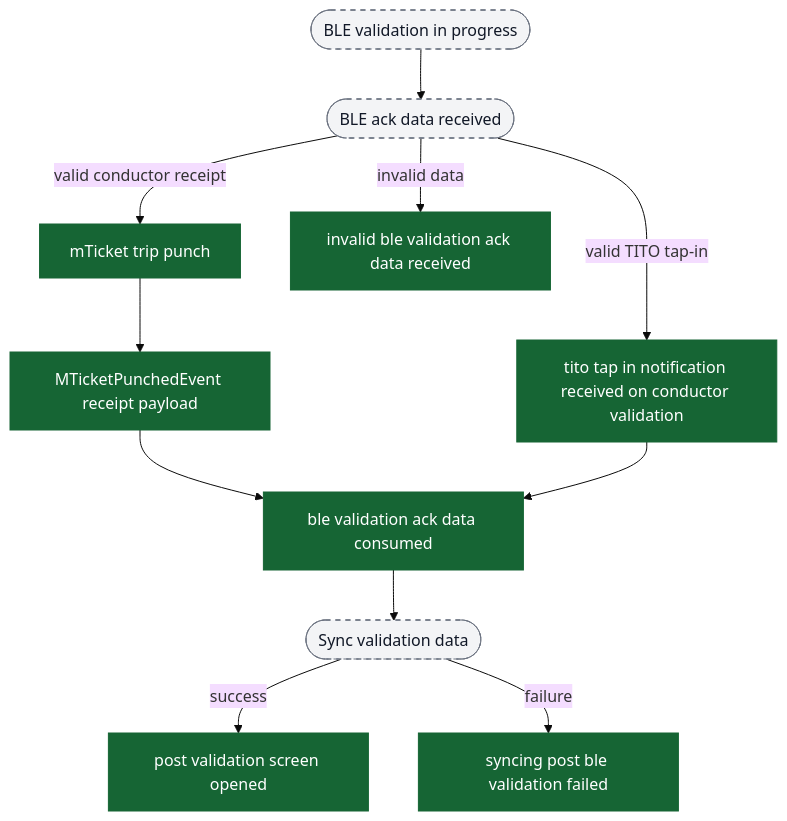
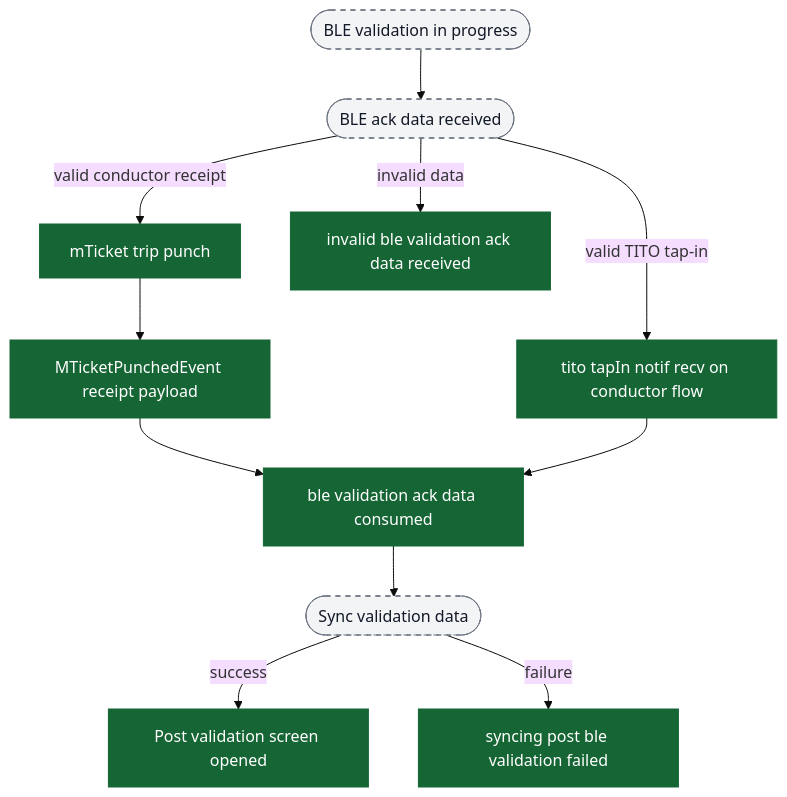
One commit to ratulsarna/chalo-app-dashboard changed diagram 12 of 16 in content/analytics/mticket/flow-diagrams.md. Above: the diagram before and after it, drawn with Mermaid (base theme). The commit also changed other lines of this file and 2 other files, not shown here.

Commit message:
fix(analytics): update lastAudited dates and standardize event names in mTicket flow

````diff
--- a/content/analytics/mticket/flow-diagrams.md
+++ b/content/analytics/mticket/flow-diagrams.md
@@ -312,23 +312,23 @@
 ```mermaid
 flowchart TD
   ui_bleValidation([BLE validation in progress]) --> ui_receiveAck([BLE ack data received])
 
   ui_receiveAck -->|valid conductor receipt| ev_tripPunch["mTicket trip punch"]
-  ui_receiveAck -->|valid TITO tap-in| ev_tapInNotif["tito tap in notification received on conductor validation"]
+  ui_receiveAck -->|valid TITO tap-in| ev_tapInNotif["tito tapIn notif recv on conductor flow"]
   ui_receiveAck -->|invalid data| ev_invalidAck["invalid ble validation ack data received"]
 
   ev_tripPunch --> ev_receiptPayload["MTicketPunchedEvent receipt payload"]
   ev_receiptPayload --> ev_ackConsumed["ble validation ack data consumed"]
   ev_tapInNotif --> ev_ackConsumed
 
   ev_ackConsumed --> ui_syncData([Sync validation data])
-  ui_syncData -->|success| ev_postValidationOpen["post validation screen opened"]
+  ui_syncData -->|success| ev_postValidationOpen["Post validation screen opened"]
   ui_syncData -->|failure| ev_syncFailed["syncing post ble validation failed"]
 
   classDef event fill:#166534,stroke:#166534,color:#ffffff;
   classDef ui fill:#f3f4f6,stroke:#6b7280,stroke-dasharray: 5 5,color:#111827;
   classDef external fill:#ffffff,stroke:#6b7280,stroke-dasharray: 3 3,color:#111827;
 
   class ev_tripPunch,ev_receiptPayload,ev_tapInNotif,ev_invalidAck,ev_ackConsumed,ev_postValidationOpen,ev_syncFailed event;
   class ui_bleValidation,ui_receiveAck,ui_syncData ui;
 ```
````
